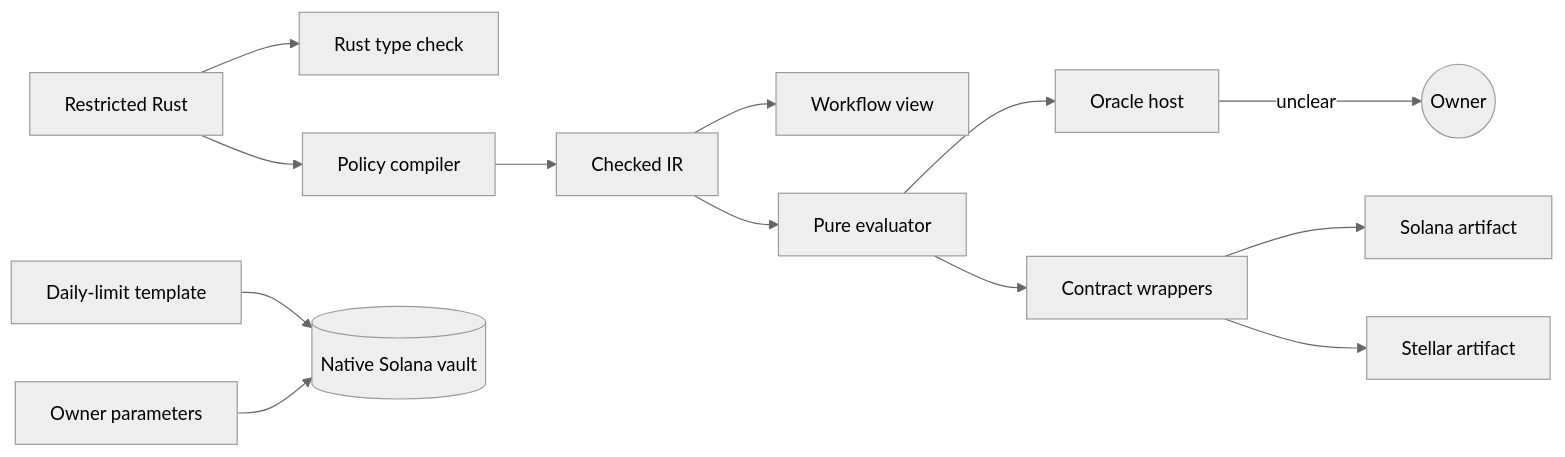
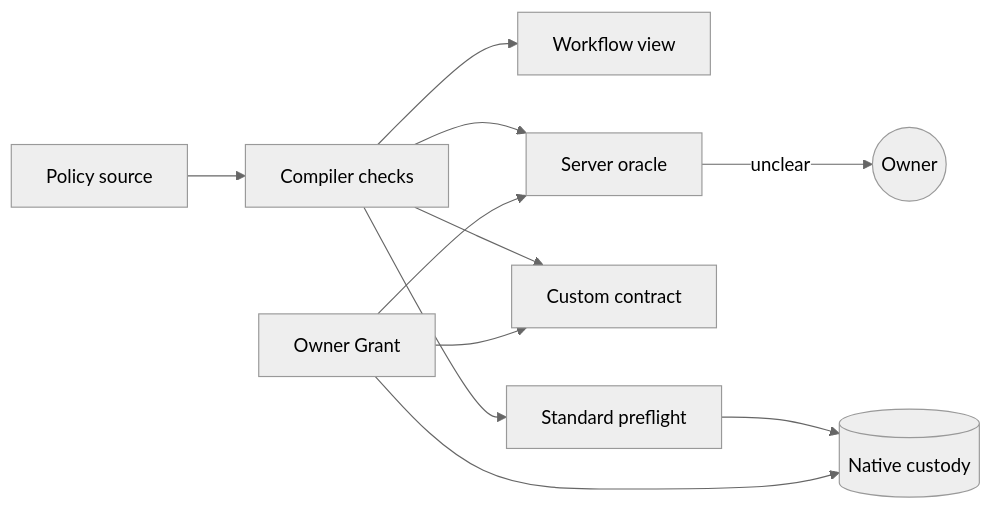
One commit to AllowIt-hq/Colosseum changed the diagram in docs/policy-sdk.md. Above: the diagram before and after it, drawn with Mermaid (neutral theme). The commit also changed other lines of this file and 2 other files, not shown here.

First line of the commit message:
Align architecture docs with portable policy design

````diff
--- a/docs/policy-sdk.md
+++ b/docs/policy-sdk.md
@@ -61,15 +70,13 @@
 ```mermaid
 flowchart LR
-    Src[Restricted Rust] --> TC[Rust type check]
-    Src --> Comp[Policy compiler]
-    Comp --> IR[Checked IR]
-    IR --> Flow[Workflow view]
-    IR --> Eval[Pure evaluator]
-    Eval --> Oracle[Oracle host]
-    Eval --> Wrap[Contract wrappers]
-    Oracle -->|unclear| Owner((Owner))
-    Wrap --> Sbf[Solana artifact]
-    Wrap --> Wasm[Stellar artifact]
-    Tmpl[Daily-limit template] --> Vault[(Native Solana vault)]
-    Params[Owner parameters] --> Vault
+    Src[Policy source] --> Check[Compiler checks]
+    Check --> Flow[Workflow view]
+    Check --> Server[Server oracle]
+    Check --> Custom[Custom contract]
+    Check --> Pre[Standard preflight]
+    Server -->|unclear| Owner((Owner))
+    Pre --> Native[(Native custody)]
+    Grant[Owner Grant] --> Server
+    Grant --> Custom
+    Grant --> Native
 ```
````
